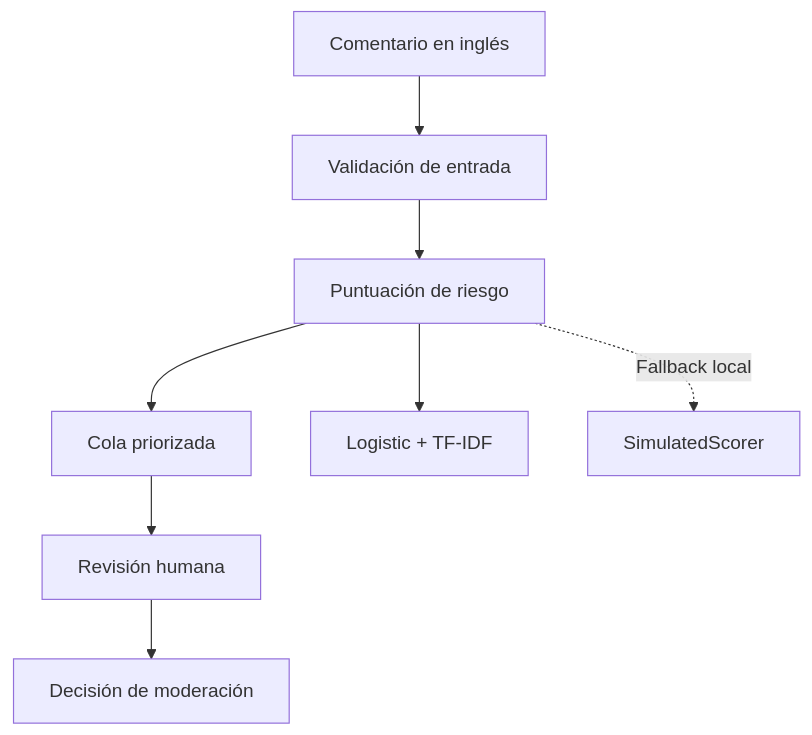
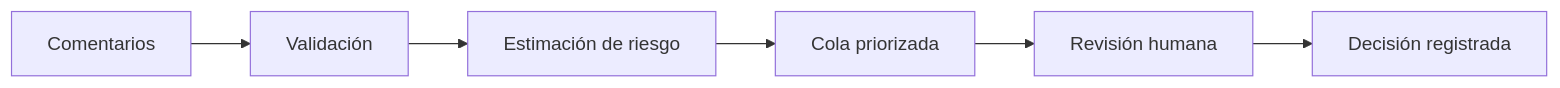
The diagram in README.md (Bootcamp-IA-MAD-P7/proyecto9-grupo3), drawn with Mermaid before and after one commit. The commit also changed other lines of this file, not shown here.

````diff
--- a/README.md
+++ b/README.md
@@ -46,11 +54,8 @@
 ```mermaid
-flowchart TD
-    A[Comentario en inglés] --> B[Validación de entrada]
-    B --> C[Puntuación de riesgo]
+flowchart LR
+    A[Comentarios] --> B[Validación]
+    B --> C[Estimación de riesgo]
     C --> D[Cola priorizada]
     D --> E[Revisión humana]
-    E --> F[Decisión de moderación]
-
-    C --> G[Logistic + TF-IDF]
-    C -. "Fallback local" .-> H[SimulatedScorer]
+    E --> F[Decisión registrada]
 ```
````
